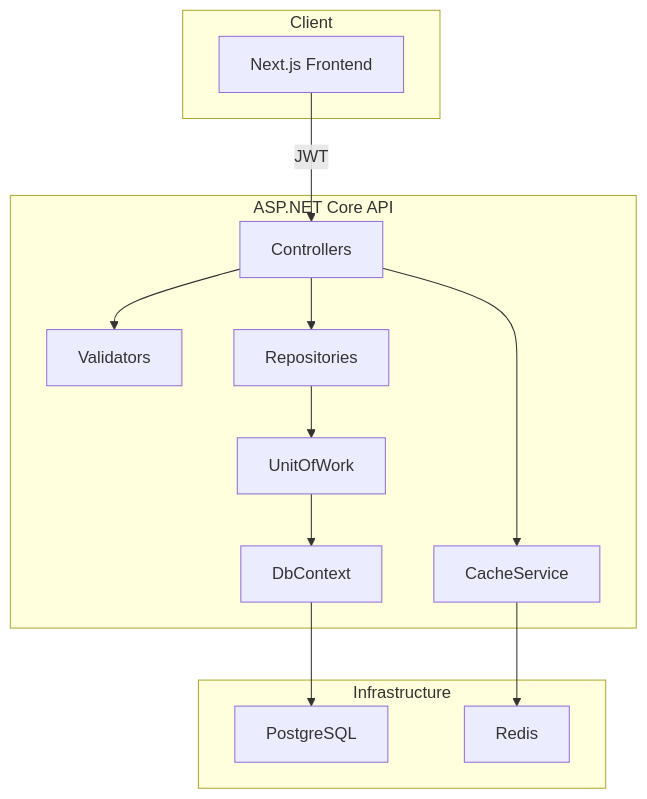
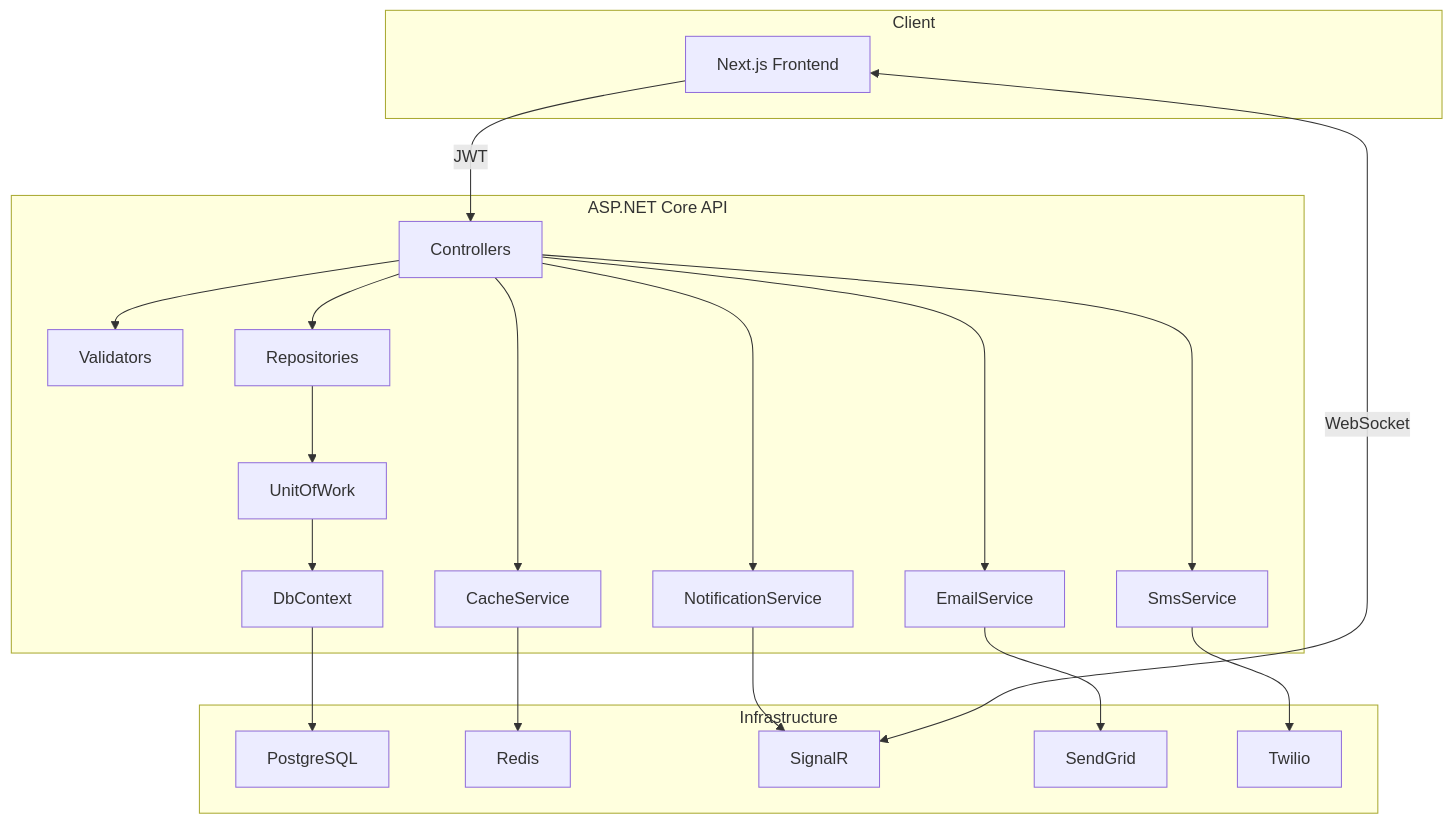
Before and after one commit to ceyhun64/reservation: the diagram in readme.md, drawn with Mermaid. The commit also changed other lines of this file, not shown here.

````diff
--- a/readme.md
+++ b/readme.md
@@ -33,21 +36,28 @@
 ```mermaid
 flowchart TB
     subgraph Client
       Web[Next.js Frontend]
     end
 
     subgraph API["ASP.NET Core API"]
       Controllers --> Validators
       Controllers --> Repositories
       Repositories --> UnitOfWork
       UnitOfWork --> DbContext
       Controllers --> CacheService
+      Controllers --> NotificationService
+      Controllers --> EmailService
+      Controllers --> SmsService
     end
 
     subgraph Infrastructure
       DbContext --> PostgreSQL
       CacheService --> Redis
+      NotificationService --> SignalR
+      EmailService --> SendGrid
+      SmsService --> Twilio
     end
 
     Web -->|JWT| Controllers
+    Web <-->|WebSocket| SignalR
 ```
````
